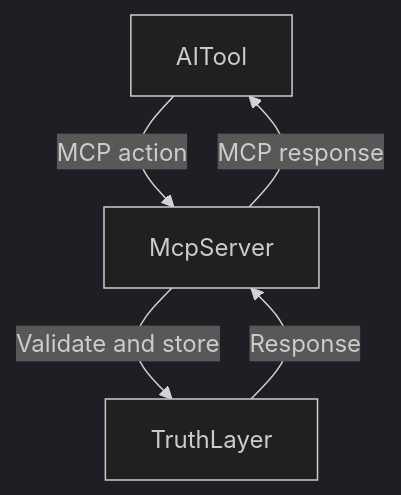
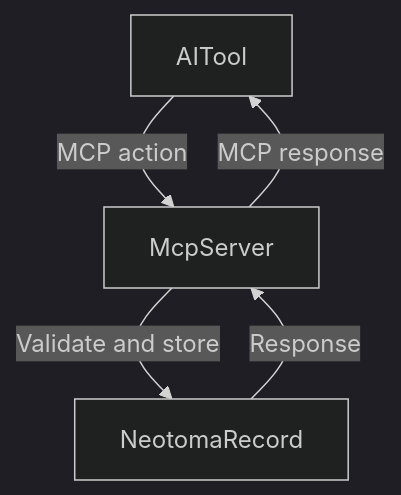
One commit to markmhendrickson/neotoma changed the diagram in docs/developer/mcp_overview.md. Above: the diagram before and after it, drawn with Mermaid (dark theme). The commit also changed other lines of this file and 314 other files, not shown here.

````diff
--- a/docs/developer/mcp_overview.md
+++ b/docs/developer/mcp_overview.md
@@ -67,7 +72,7 @@
 ```mermaid
 flowchart TD
     aiTool[AITool] -->|"MCP action"| mcpServer[McpServer]
-    mcpServer -->|"Validate and store"| stateLayer[TruthLayer]
-    stateLayer -->|"Response"| mcpServer
+    mcpServer -->|"Validate and store"| record[NeotomaRecord]
+    record -->|"Response"| mcpServer
     mcpServer -->|"MCP response"| aiTool
 ```
````
